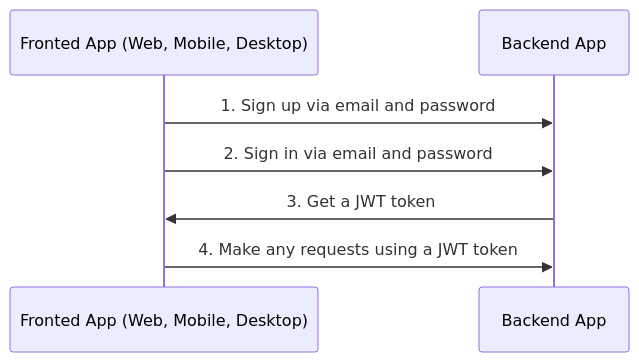
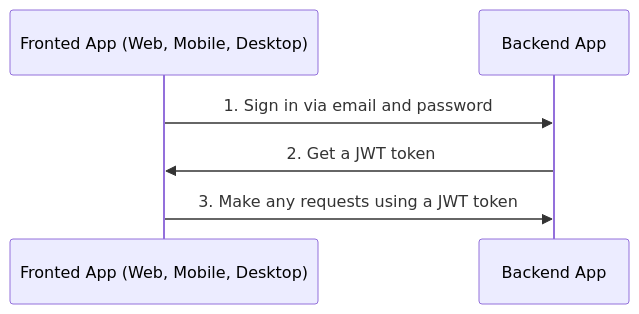
Before and after one commit to dunseen/museum-api: the diagram in docs/auth.md, drawn with Mermaid. The commit also changed other lines of this file and 6 other files, not shown here.

````diff
--- a/docs/auth.md
+++ b/docs/auth.md
@@ -26,10 +20,9 @@
 ```mermaid
 sequenceDiagram
     participant A as Fronted App (Web, Mobile, Desktop)
     participant B as Backend App
 
-    A->>B: 1. Sign up via email and password
-    A->>B: 2. Sign in via email and password
-    B->>A: 3. Get a JWT token
-    A->>B: 4. Make any requests using a JWT token
+    A->>B: 1. Sign in via email and password
+    B->>A: 2. Get a JWT token
+    A->>B: 3. Make any requests using a JWT token
 ```
````
